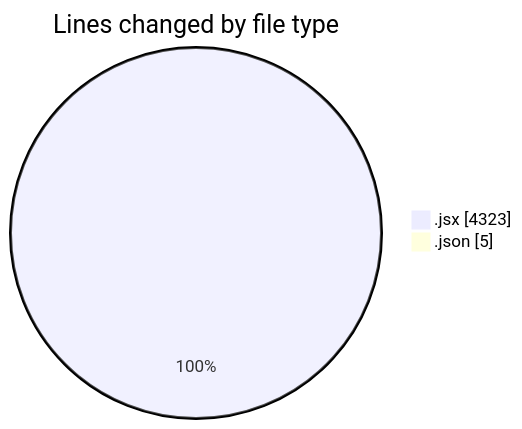
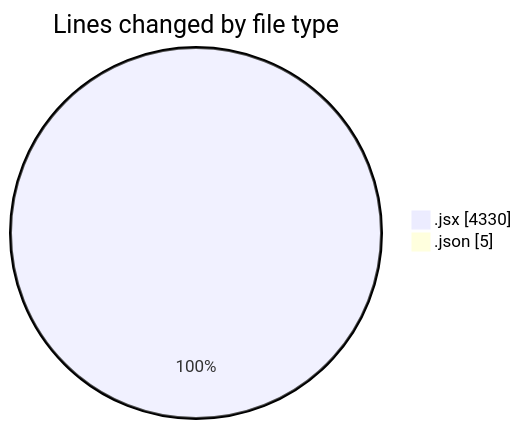
One commit to nxtqubesakshisongat/code-tracking changed the first of 2 diagrams in 2025-11-18/nxtqube_webapp/README.md. Above: the diagram before and after it, drawn with Mermaid. The commit also changed other lines of this file and 1 other file, not shown here.

````diff
--- a/2025-11-18/nxtqube_webapp/README.md
+++ b/2025-11-18/nxtqube_webapp/README.md
@@ -25,6 +25,6 @@
 ```mermaid
 pie showData
 title Lines changed by file type
-".jsx" : 4323
+".jsx" : 4330
 ".json" : 5
 ```
````
